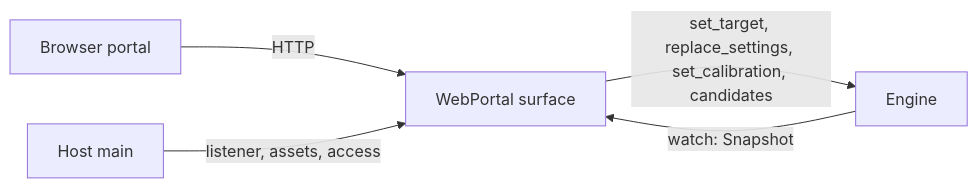
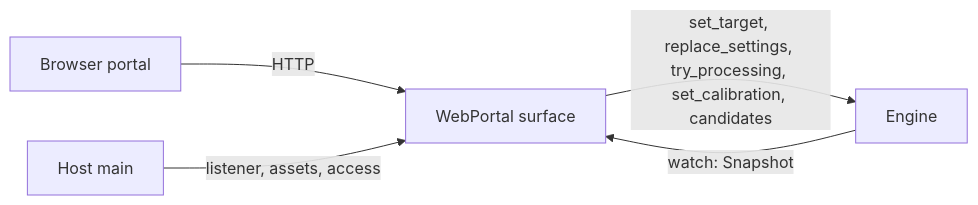
The diagram in v1/surfaces/web-portal/HTTP-CONTRACT.md (ericschaal/prysm), drawn with Mermaid before and after one commit. The commit also changed other lines of this file and 20 other files, not shown here.

````diff
--- a/v1/surfaces/web-portal/HTTP-CONTRACT.md
+++ b/v1/surfaces/web-portal/HTTP-CONTRACT.md
@@ -10,7 +10,7 @@
 ```mermaid
 flowchart LR
     Browser[Browser portal] -->|HTTP| Portal[WebPortal surface]
-    Portal -->|set_target, replace_settings, set_calibration, candidates| Engine
+    Portal -->|set_target, replace_settings, try_processing, set_calibration, candidates| Engine
     Engine -->|watch: Snapshot| Portal
     Host[Host main] -->|listener, assets, access| Portal
 ```
````
